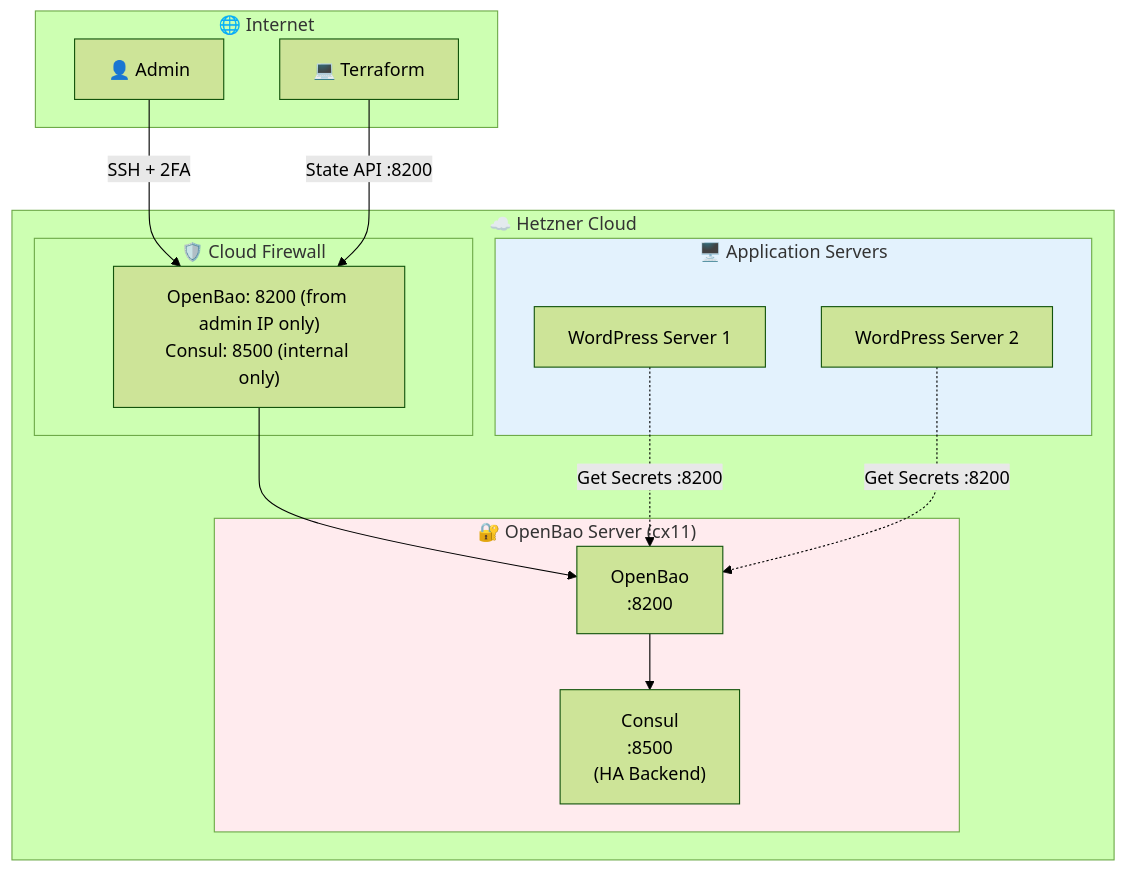
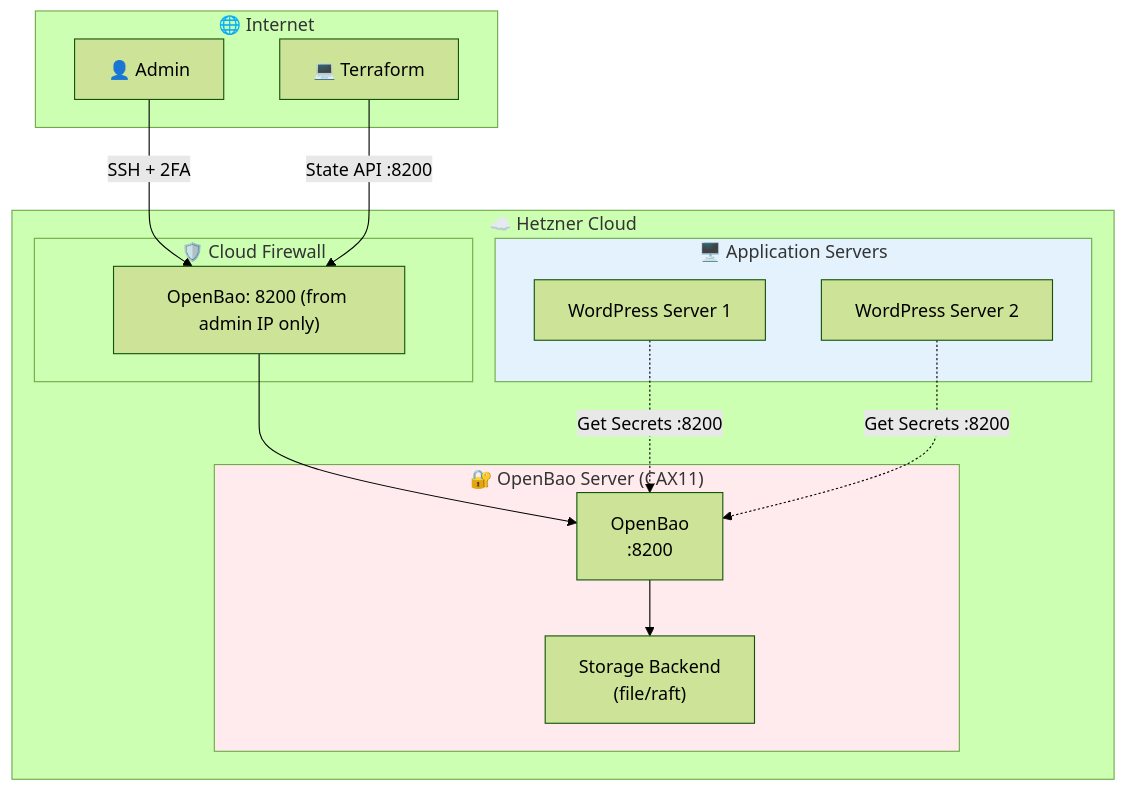
Before and after one commit to malpanez/hetzner-secure-infrastructure: the second of 3 diagrams in docs/infrastructure/OPENBAO_DEPLOYMENT.md, drawn with Mermaid (forest theme). The commit also changed other lines of this file and 38 other files, not shown here.

````diff
--- a/docs/infrastructure/OPENBAO_DEPLOYMENT.md
+++ b/docs/infrastructure/OPENBAO_DEPLOYMENT.md
@@ -106,34 +106,34 @@
 ```mermaid
 graph TB
     subgraph internet["🌐 Internet"]
         admin["👤 Admin"]
         terraform["💻 Terraform"]
     end
 
     subgraph hetzner["☁️ Hetzner Cloud"]
-        subgraph openbao_server["🔐 OpenBao Server (cx11)"]
+        subgraph openbao_server["🔐 OpenBao Server (CAX11)"]
             openbao["OpenBao<br/>:8200"]
-            consul["Consul<br/>:8500<br/>(HA Backend)"]
+            storage["Storage Backend<br/>(file/raft)"]
         end
 
         subgraph app_servers["🖥️ Application Servers"]
             wordpress1["WordPress Server 1"]
             wordpress2["WordPress Server 2"]
         end
 
         subgraph firewall["🛡️ Cloud Firewall"]
-            fw_rules["OpenBao: 8200 (from admin IP only)<br/>Consul: 8500 (internal only)"]
+            fw_rules["OpenBao: 8200 (from admin IP only)"]
         end
     end
 
     admin -->|SSH + 2FA| fw_rules
     terraform -->|State API :8200| fw_rules
     fw_rules --> openbao
-    openbao --> consul
+    openbao --> storage
 
     wordpress1 -.->|Get Secrets :8200| openbao
     wordpress2 -.->|Get Secrets :8200| openbao
 
     style openbao_server fill:#ffebee
     style app_servers fill:#e3f2fd
 ```
````
